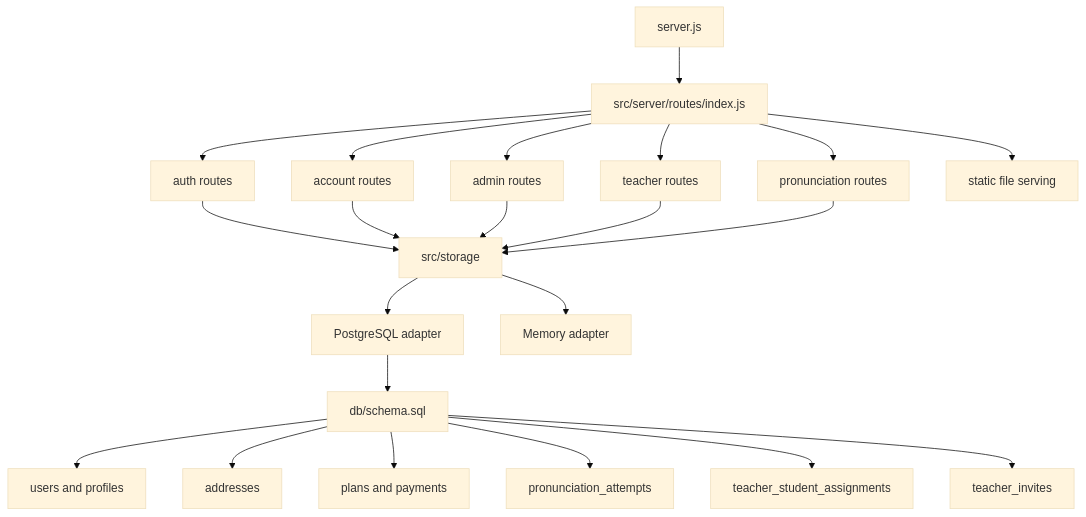
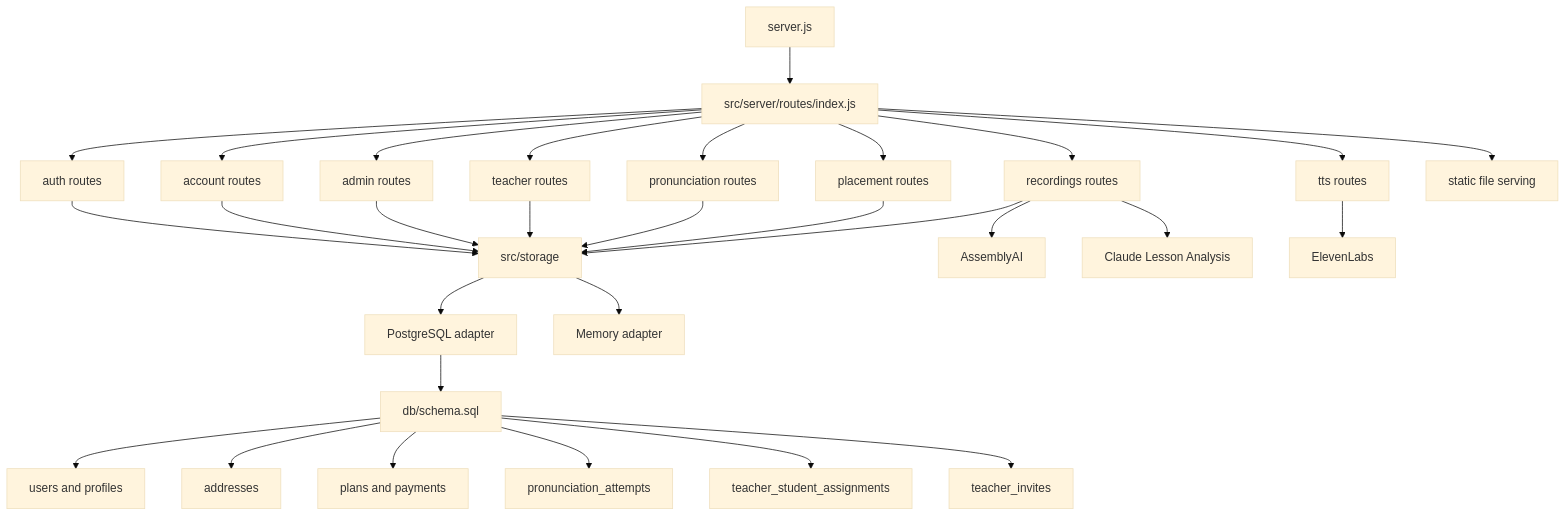
The third of 8 diagrams in architecture/06-diagrams.md (lvoliveiratec/english_app), drawn with Mermaid (base theme) before and after one commit. The commit also changed other lines of this file and 21 other files, not shown here.

````diff
--- a/architecture/06-diagrams.md
+++ b/architecture/06-diagrams.md
@@ -70,26 +79,34 @@
 ```mermaid
 flowchart TD
   Server[server.js] --> Router[src/server/routes/index.js]
   Router --> Auth[auth routes]
   Router --> Account[account routes]
   Router --> Admin[admin routes]
   Router --> Teacher[teacher routes]
   Router --> Pronunciation[pronunciation routes]
+  Router --> Placement[placement routes]
+  Router --> Recordings[recordings routes]
+  Router --> TTS[tts routes]
   Router --> Static[static file serving]
 
   Auth --> Storage[src/storage]
   Account --> Storage
   Admin --> Storage
   Teacher --> Storage
   Pronunciation --> Storage
+  Placement --> Storage
+  Recordings --> Storage
+  Recordings --> AssemblyAI[AssemblyAI]
+  Recordings --> Claude[Claude Lesson Analysis]
+  TTS --> ElevenLabs[ElevenLabs]
 
   Storage --> Pg[PostgreSQL adapter]
   Storage --> Mem[Memory adapter]
   Pg --> Schema[db/schema.sql]
   Schema --> Users[users and profiles]
   Schema --> Addresses[addresses]
   Schema --> Plans[plans and payments]
   Schema --> Attempts[pronunciation_attempts]
   Schema --> Assignments[teacher_student_assignments]
   Schema --> Invites[teacher_invites]
 ```
````
